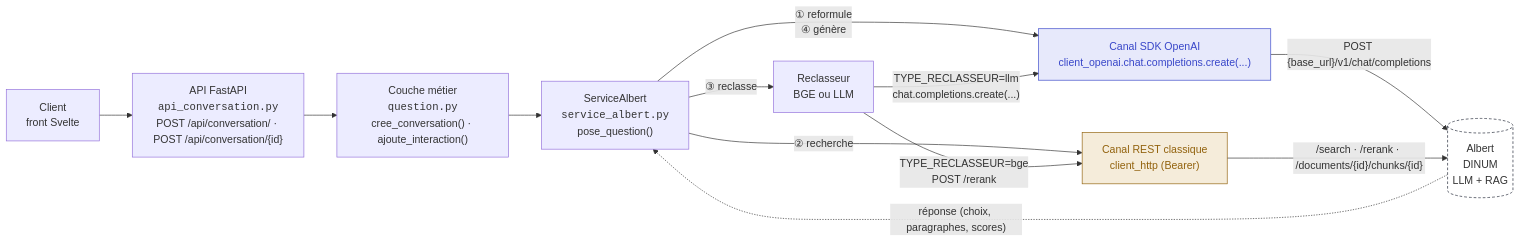
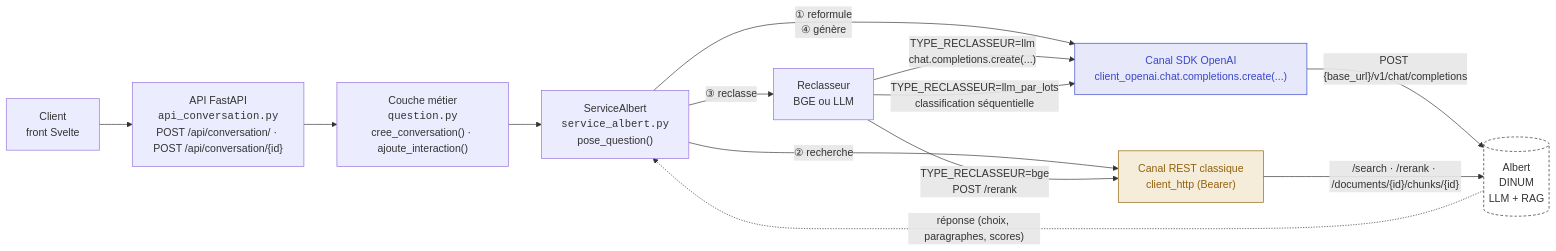
The diagram in docs/interactions_albert.md (betagouv/anssi-recommandations-cyber), drawn with Mermaid before and after one commit. The commit also changed 1 other file, not shown here.

Commit message:
Documente le mode `llm_par_lots` du reclassement

````diff
--- a/docs/interactions_albert.md
+++ b/docs/interactions_albert.md
@@ -8,24 +8,25 @@
 ```mermaid
 flowchart LR
     Client["Client<br/>front Svelte"] --> API["API FastAPI<br/><code>api_conversation.py</code><br/>POST /api/conversation/ · POST /api/conversation/{id}"]
     API --> Metier["Couche métier<br/><code>question.py</code><br/>cree_conversation() · ajoute_interaction()"]
     Metier --> SA["ServiceAlbert<br/><code>service_albert.py</code><br/>pose_question()"]
 
     SA -->|"① reformule<br/>④ génère"| OpenAI["Canal SDK OpenAI<br/>client_openai.chat.completions.create(...)"]
     SA -->|"② recherche"| REST["Canal REST classique<br/>client_http (Bearer)"]
     SA -->|"③ reclasse"| Reclasseur["Reclasseur<br/>BGE ou LLM"]
     Reclasseur -->|"TYPE_RECLASSEUR=bge<br/>POST /rerank"| REST
     Reclasseur -->|"TYPE_RECLASSEUR=llm<br/>chat.completions.create(...)"| OpenAI
+    Reclasseur -->|"TYPE_RECLASSEUR=llm_par_lots<br/>classification séquentielle"| OpenAI
 
     OpenAI -->|"POST {base_url}/v1/chat/completions"| Albert[("Albert<br/>DINUM<br/>LLM + RAG")]
     REST -->|"/search · /rerank · /documents/{id}/chunks/{id}"| Albert
 
     Albert -.->|"réponse (choix, paragraphes, scores)"| SA
 
     classDef openai fill:#e7e9fb,stroke:#3947c9,color:#3947c9;
     classDef rest fill:#f5ecda,stroke:#92620d,color:#92620d;
     classDef albert fill:#ffffff,stroke:#1c2331,stroke-dasharray: 4 3;
     class OpenAI openai;
     class REST rest;
     class Albert albert;
 ```
````
